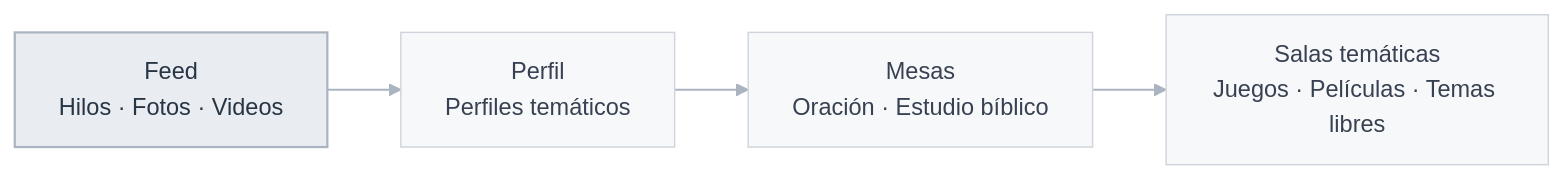
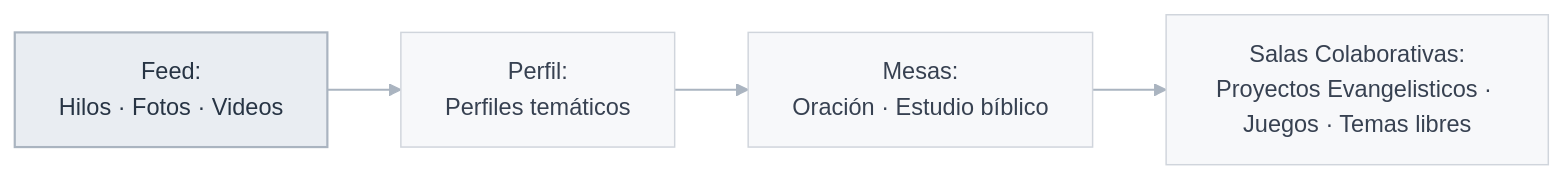
Before and after one commit to IsaacToDv/FraterChrist.org: the first of 2 diagrams in README.md, drawn with Mermaid.

Commit message:
Update labels in README.md flowchart

```diff
--- a/README.md
+++ b/README.md
@@ -35,15 +35,15 @@
 ~~~mermaid
 flowchart LR
-    Feed["Feed<br/>Hilos · Fotos · Videos"]
-    Profile["Perfil<br/>Perfiles temáticos"]
-    Tables["Mesas<br/>Oración · Estudio bíblico"]
-    Rooms["Salas temáticas<br/>Juegos · Películas · Temas libres"]
+    Feed["Feed:<br/>Hilos · Fotos · Videos"]
+    Profile["Perfil:<br/>Perfiles temáticos"]
+    Tables["Mesas:<br/>Oración · Estudio bíblico"]
+    Rooms["Salas Colaborativas:<br/>Proyectos Evangelisticos · Juegos · Temas libres"]
 
     Feed --> Profile --> Tables --> Rooms
 
     classDef first fill:#E9EDF2,stroke:#AAB4C0,color:#273444,stroke-width:1.5px;
     classDef next fill:#F7F8FA,stroke:#D0D5DC,color:#374151,stroke-width:1px;
     class Feed first;
     class Profile,Tables,Rooms next;
     linkStyle default stroke:#AAB4C0,stroke-width:1.5px;
 ~~~
```
